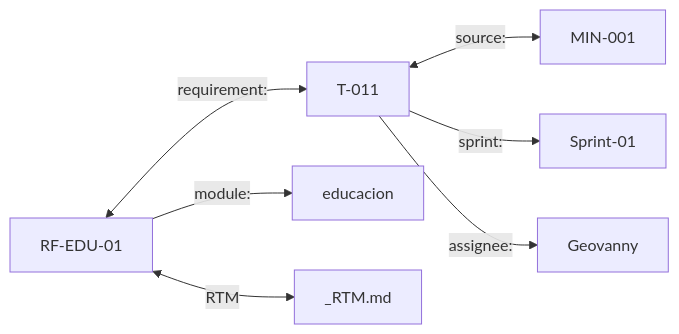
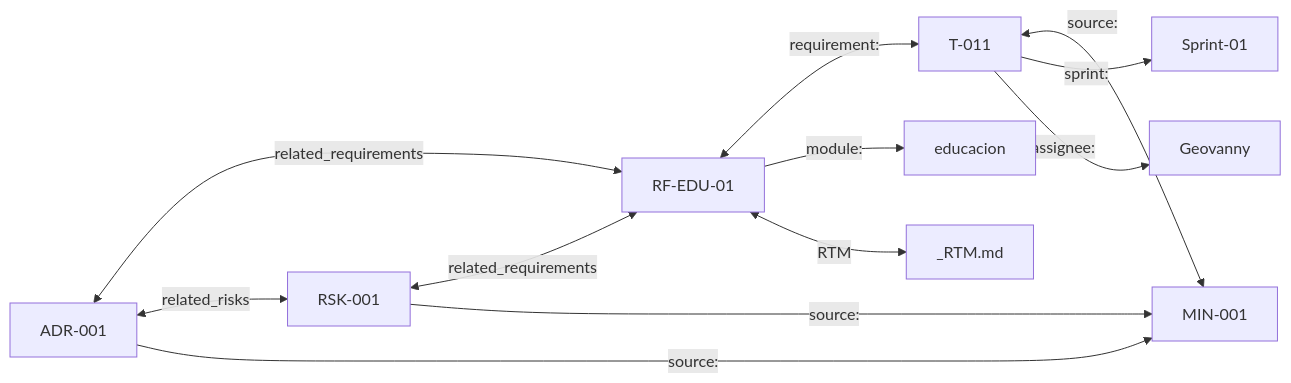
One commit to yonrasgg/RAICES_VIVAS changed the third of 5 diagrams in 01-Proyecto/Guía de Workflow.md. Above: the diagram before and after it, drawn with Mermaid. The commit also changed other lines of this file and 1 other file, not shown here.

````diff
--- a/01-Proyecto/Guía de Workflow.md
+++ b/01-Proyecto/Guía de Workflow.md
@@ -648,9 +647,14 @@
 ```mermaid
 flowchart LR
     RF[RF-EDU-01] <-->|requirement:| T[T-011]
     T <-->|source:| MIN[MIN-001]
     T -->|sprint:| SP[Sprint-01]
     RF -->|module:| MOD[educacion]
     RF <-->|RTM| RTM[_RTM.md]
     T -->|assignee:| PERS[Geovanny]
+    ADR[ADR-001] <-->|related_requirements| RF
+    ADR <-->|related_risks| RSK[RSK-001]
+    RSK <-->|related_requirements| RF
+    ADR -->|source:| MIN
+    RSK -->|source:| MIN
 ```
````
